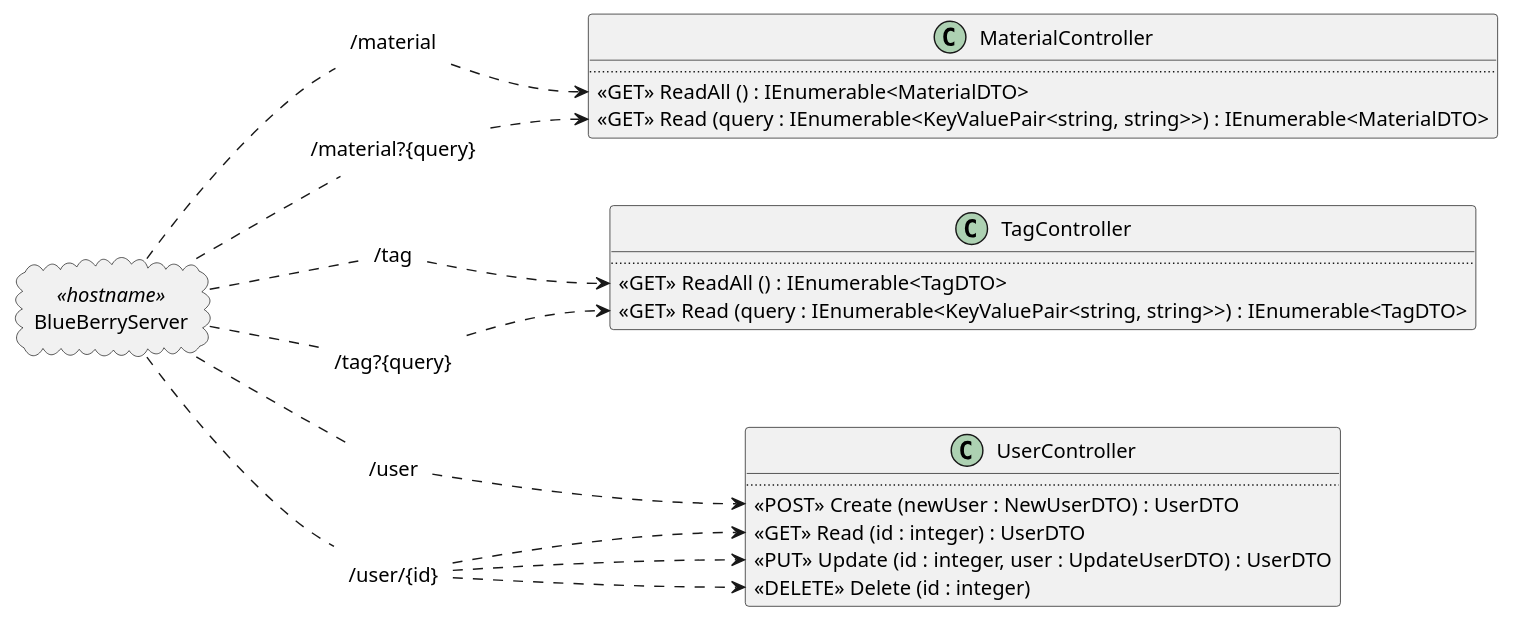
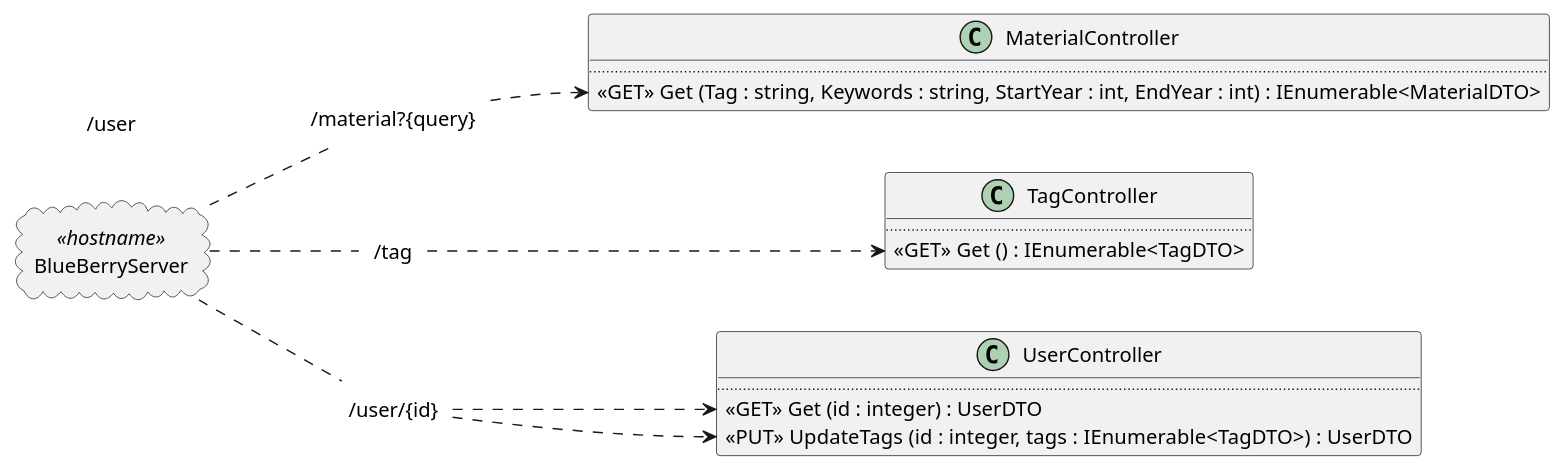
The diagram in docs/uml/controllers.puml (toffernator/blueberry), drawn with PlantUML before and after one commit. The commit also changed 3 other files, not shown here.

Commit message:
Created skeleton for Controllers + edited uml to match

```diff
--- a/docs/uml/controllers.puml
+++ b/docs/uml/controllers.puml
@@ -1,57 +1,40 @@
 @startuml
 left to right direction
 allowmixing
 
 cloud BlueBerryServer <<hostname>>
 
 class UserController {
   ..
-  <<POST>> Create (newUser : NewUserDTO) : UserDTO
-  <<GET>> Read (id : integer) : UserDTO
-  <<PUT>> Update (id : integer, user : UpdateUserDTO) : UserDTO
-  <<DELETE>> Delete (id : integer)
+  <<GET>> Get (id : integer) : UserDTO
+  <<PUT>> UpdateTags (id : integer, tags : IEnumerable<TagDTO>) : UserDTO
 }
 
 class MaterialController {
   ..
-  <<GET>> ReadAll () : IEnumerable<MaterialDTO>
-  <<GET>> Read (query : IEnumerable<KeyValuePair<string, string>>) : IEnumerable<MaterialDTO>
+  <<GET>> Get (Tag : string, Keywords : string, StartYear : int, EndYear : int) : IEnumerable<MaterialDTO>
 }
 
 class TagController {
   ..
-  <<GET>> ReadAll () : IEnumerable<TagDTO>
-  <<GET>> Read (query : IEnumerable<KeyValuePair<string, string>>) : IEnumerable<TagDTO>
+  <<GET>> Get () : IEnumerable<TagDTO>
 }
-label "/material" as material
-label "/material?{query}" as materialquery
+label "/material?{query}" as material
 
 label "/tag" as tag
-label "/tag?{query}" as tagquery
 
 label "/user/{id}" as userid
 label "/user" as user
 
 BlueBerryServer -. material
-material -.> MaterialController::ReadAll 
+material -.> MaterialController::Get 
 
-BlueBerryServer -. materialquery
-materialquery -.> MaterialController::Read
-
-BlueBerryServer -. tag 
-tag -.> TagController::ReadAll 
-
-BlueBerryServer -. tagquery
-tagquery -.> TagController::Read
+BlueBerryServer -. tag
+tag -.> TagController::Get
 
 
 BlueBerryServer -. userid
-userid -.> UserController::Read   
-userid -.> UserController::Update
-userid -.> UserController::Delete
-
-BlueBerryServer -. user
-user -.> UserController::Create
-
+userid -.> UserController::Get   
+userid -.> UserController::UpdateTags
 
 @enduml
```
